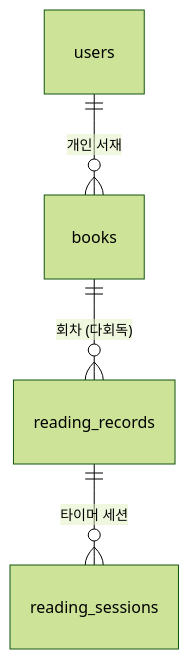
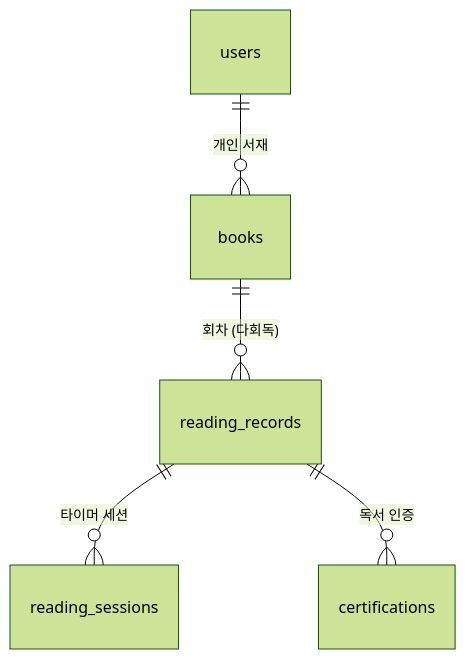
One commit to soo123123/chaekdami changed the diagram in docs/domains/reading/data.md. Above: the diagram before and after it, drawn with Mermaid (forest theme). The commit also changed other lines of this file and 8 other files, not shown here.

````diff
--- a/docs/domains/reading/data.md
+++ b/docs/domains/reading/data.md
@@ -9,6 +9,7 @@
 ```mermaid
 erDiagram
   users ||--o{ books : "개인 서재"
   books ||--o{ reading_records : "회차 (다회독)"
   reading_records ||--o{ reading_sessions : "타이머 세션"
+  reading_records ||--o{ certifications : "독서 인증"
 ```
````
